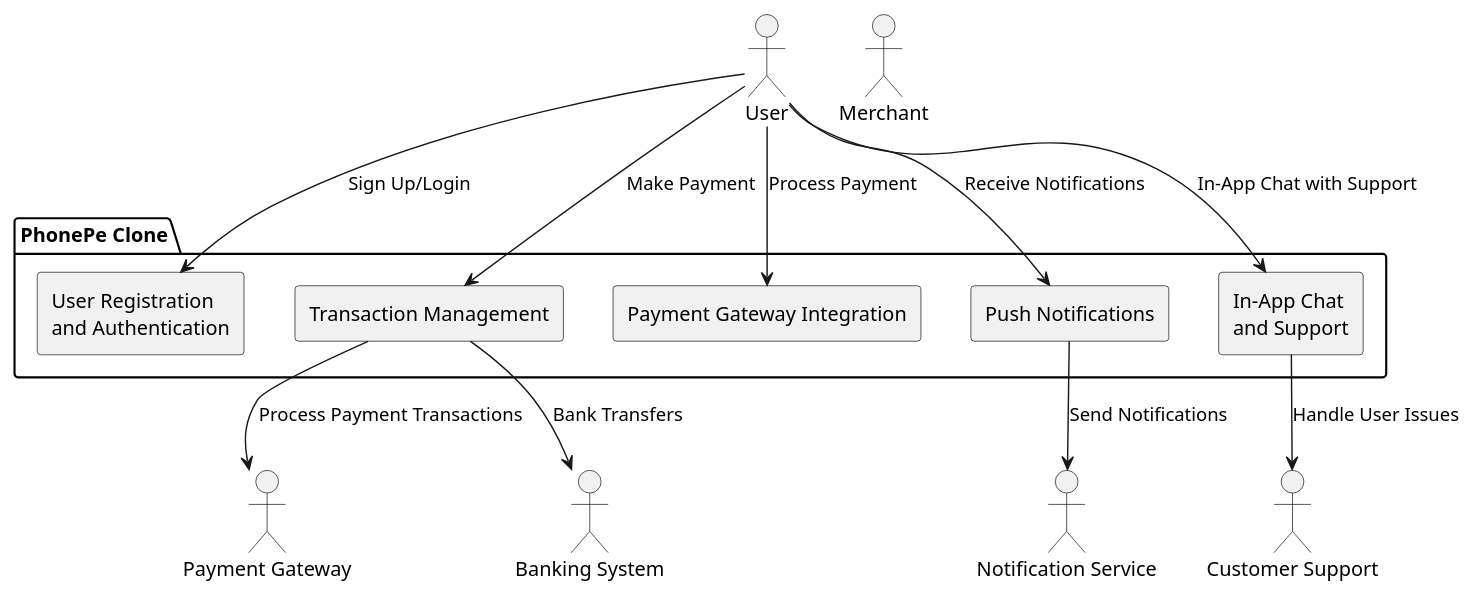
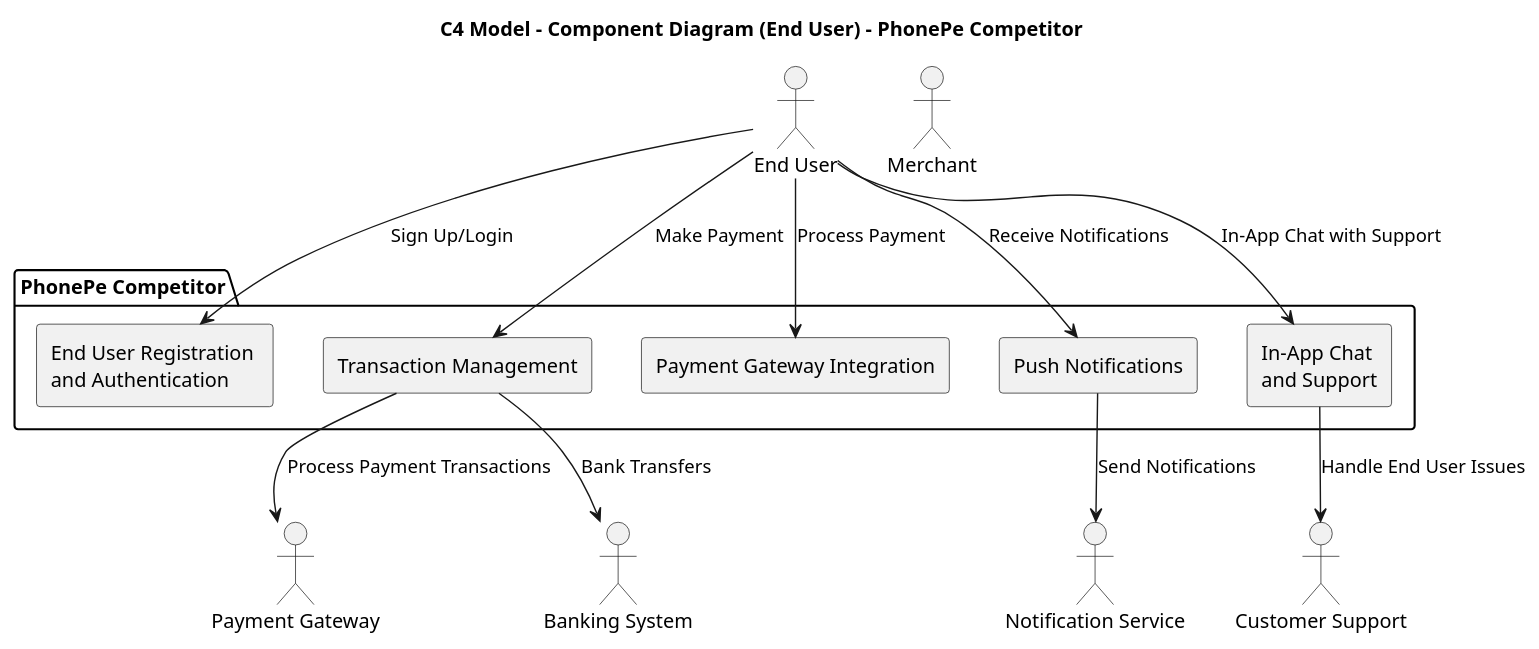
One commit to IIITLucknowSWEngg/CSITTeam014 changed the fifth of 8 diagrams in Assignment2/Architecture.md. Above: the diagram before and after it, drawn with PlantUML. The commit also changed other lines of this file, not shown here.

````diff
--- a/Assignment2/Architecture.md
+++ b/Assignment2/Architecture.md
@@ -214,37 +228,38 @@
 ```plantuml
 @startuml
-
+title C4 Model - Component Diagram (End User) - PhonePe Competitor
 ' External Actors
-actor "User" as User
+actor "End User" as EndUser
 actor "Merchant" as Merchant
 actor "Payment Gateway" as PaymentGateway
 actor "Notification Service" as NotificationService
 actor "Customer Support" as CustomerSupport
 actor "Banking System" as BankingSystem
 
-' System Boundary: PhonePe Clone
-package "PhonePe Clone" {
+' System Boundary: PhonePe Competitor
+package "PhonePe Competitor" {
 
-    ' Subsystems related to User
-    rectangle "User Registration \nand Authentication" as UserRegistration
-    rectangle "Transaction Management" as UserTransactionManagement
-    rectangle "Payment Gateway Integration" as UserPaymentGatewayIntegration
-    rectangle "Push Notifications" as UserPushNotifications
-    rectangle "In-App Chat \nand Support" as UserChatSupport
+    ' Subsystems related to EndUser
+    rectangle "End User Registration \nand Authentication" as EndUserRegistration
+    rectangle "Transaction Management" as EndUserTransactionManagement
+    rectangle "Payment Gateway Integration" as EndUserPaymentGatewayIntegration
+    rectangle "Push Notifications" as EndUserPushNotifications
+    rectangle "In-App Chat \nand Support" as EndUserChatSupport
 }
 
-' Relationships between User and system components
-User --> UserRegistration : Sign Up/Login
-User --> UserTransactionManagement : Make Payment
-User --> UserPaymentGatewayIntegration : Process Payment
-User --> UserPushNotifications : Receive Notifications
-User --> UserChatSupport : In-App Chat with Support
+' Relationships between EndUser and system components
+EndUser --> EndUserRegistration : Sign Up/Login
+EndUser --> EndUserTransactionManagement : Make Payment
+EndUser --> EndUserPaymentGatewayIntegration : Process Payment
+EndUser --> EndUserPushNotifications : Receive Notifications
+EndUser --> EndUserChatSupport : In-App Chat with Support
 
 ' External Interactions
-UserTransactionManagement --> PaymentGateway : Process Payment Transactions
-UserPushNotifications --> NotificationService : Send Notifications
-UserChatSupport --> CustomerSupport : Handle User Issues
-UserTransactionManagement --> BankingSystem : Bank Transfers
+EndUserTransactionManagement --> PaymentGateway : Process Payment Transactions
+EndUserPushNotifications --> NotificationService : Send Notifications
+EndUserChatSupport --> CustomerSupport : Handle End User Issues
+EndUserTransactionManagement --> BankingSystem : Bank Transfers
 
 @enduml
+
 ```
````
